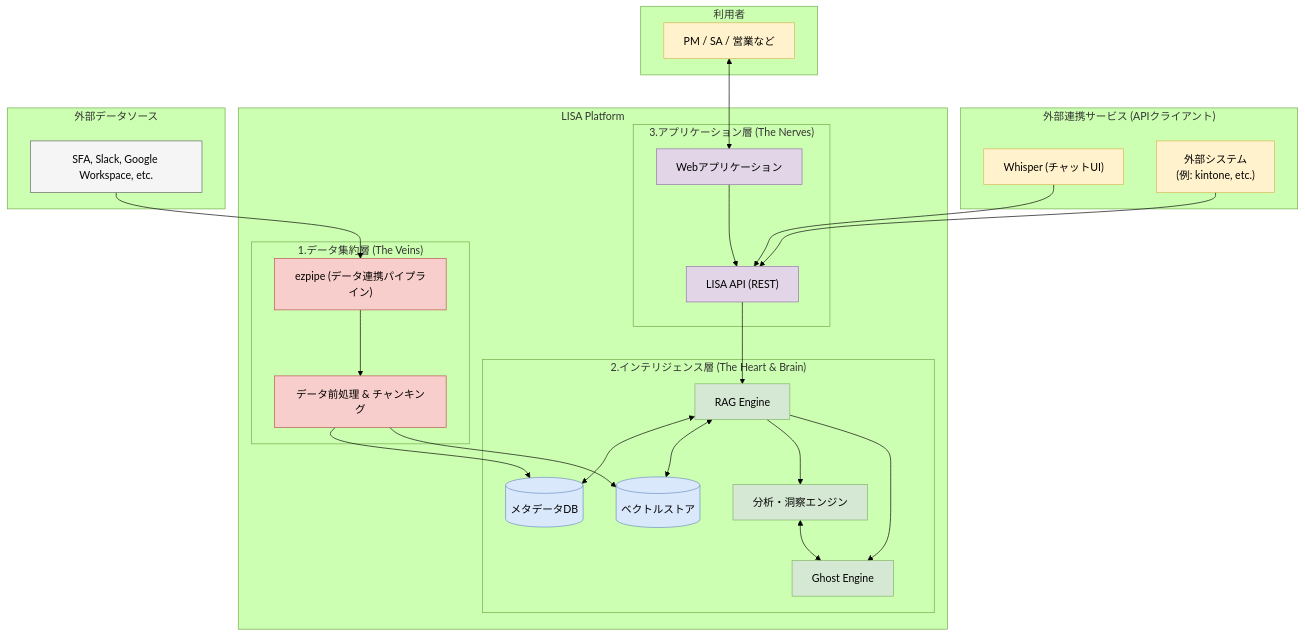
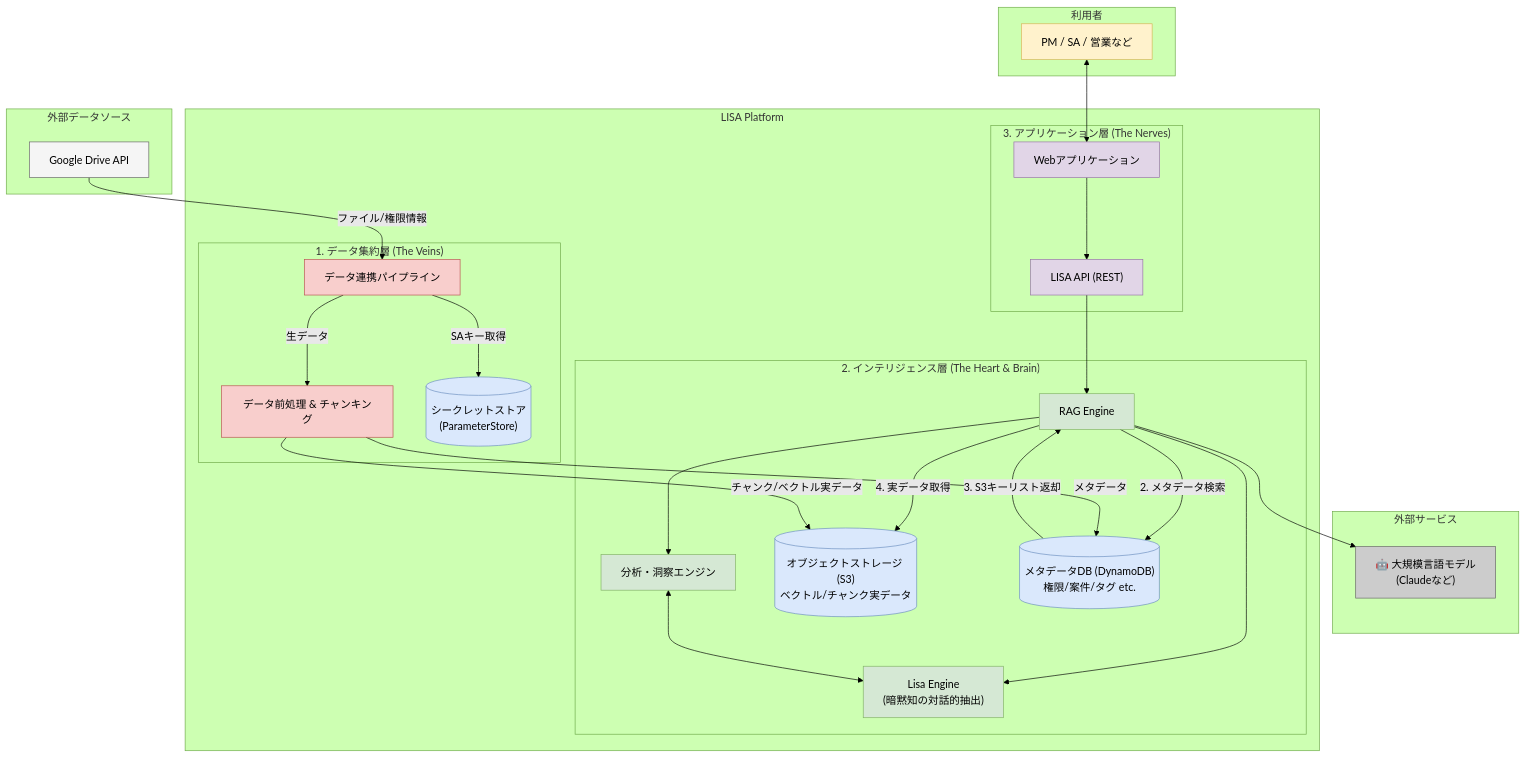
Before and after one commit to cm-kobayashi-m/lisa: the diagram in ドキュメント/LISAのアーキテクチャ.md, drawn with Mermaid (forest theme). The commit also changed other lines of this file, not shown here.

````diff
--- a/ドキュメント/LISAのアーキテクチャ.md
+++ b/ドキュメント/LISAのアーキテクチャ.md
@@ -3,80 +69,76 @@
 ```mermaid
 graph TD
     %% === Groups Definition ===
     subgraph "利用者"
         USER[PM / SA / 営業など]
     end
 
-    subgraph "外部連携サービス (APIクライアント)"
-        WHISPER["Whisper (チャットUI)"]
-        EXT_SVC["外部システム<br/>(例: kintone, etc.)"]
+    subgraph "外部サービス"
+        LLM["🤖 大規模言語モデル<br>(Claudeなど)"]
     end
 
     subgraph "LISA Platform"
-        subgraph "3.アプリケーション層 (The Nerves)"
+        subgraph "3. アプリケーション層 (The Nerves)"
             WEB[Webアプリケーション]
             API["LISA API (REST)"]
         end
 
-        subgraph "2.インテリジェンス層 (The Heart & Brain)"
+        subgraph "2. インテリジェンス層 (The Heart & Brain)"
             RAG["RAG Engine"]
-            GHOST["Ghost Engine"]
+            GHOST["Lisa Engine<br>(暗黙知の対話的抽出)"]
             ANALYZE["分析・洞察エンジン"]
-            VS[("ベクトルストア")]
-            MD[("メタデータDB")]
+            VS[("オブジェクトストレージ (S3)<br>ベクトル/チャンク実データ")]
+            MD[("メタデータDB (DynamoDB)<br>権限/案件/タグ etc.")]
         end
 
-        subgraph "1.データ集約層 (The Veins)"
-            EZ["ezpipe (データ連携パイプライン)"]
+        subgraph "1. データ集約層 (The Veins)"
+            EZ["データ連携パイプライン"]
             DP["データ前処理 & チャンキング"]
+            SS[("シークレットストア<br>(ParameterStore)")]
         end
     end
 
     subgraph "外部データソース"
-        DS[SFA, Slack, Google Workspace, etc.]
+        DS["Google Drive API"]
     end
 
     %% === Connections ===
-    %% User to Web Application
+    %% --- ユーザー利用フロー ---
     USER <--> WEB
-
-    %% External Services to API
-    WHISPER --> API
-    EXT_SVC --> API
-
-    %% Web Application to API
     WEB --> API
 
-    %% API to Intelligence Layer
+    %% --- APIからインテリジェンス層への連携 ---
     API --> RAG
     RAG --> GHOST
     RAG --> ANALYZE
-
-    %% ★★★ GHOST & ANALYZEの協業 ★★★
     ANALYZE <--> GHOST
 
-    %% RAG to Data Stores
-    RAG <--> VS
-    RAG <--> MD
+    %% --- RAGエンジンと外部/データ層の連携 ---
+    RAG --> LLM
+    RAG -- "2. メタデータ検索" --> MD
+    MD -- "3. S3キーリスト返却" --> RAG
+    RAG -- "4. 実データ取得" --> VS
 
-    %% Data Flow from Source to Data Stores
-    DS --> EZ
-    EZ --> DP
-    DP --> VS
-    DP --> MD
+    %% --- データ集約フロー (ezpipe) ---
+    DS -- "ファイル/権限情報" --> EZ
+    EZ -- "SAキー取得" --> SS
+    EZ -- "生データ" --> DP
+    DP -- "チャンク/ベクトル実データ" --> VS
+    DP -- "メタデータ" --> MD
 
     %% === Style Definition ===
     style USER fill:#fff2cc,stroke:#d6b656
-    style WHISPER fill:#fff2cc,stroke:#d6b656
-    style EXT_SVC fill:#fff2cc,stroke:#d6b656
     style WEB fill:#e1d5e7,stroke:#9673a6
     style API fill:#e1d5e7,stroke:#9673a6
     style RAG fill:#d5e8d4,stroke:#82b366
     style GHOST fill:#d5e8d4,stroke:#82b366
     style ANALYZE fill:#d5e8d4,stroke:#82b366
     style VS fill:#dae8fc,stroke:#6c8ebf
     style MD fill:#dae8fc,stroke:#6c8ebf
     style EZ fill:#f8cecc,stroke:#b85450
     style DP fill:#f8cecc,stroke:#b85450
+    style SS fill:#dae8fc,stroke:#6c8ebf
     style DS fill:#f5f5f5,stroke:#666
+    style LLM fill:#ccc,stroke:#666
+
 ```
````
